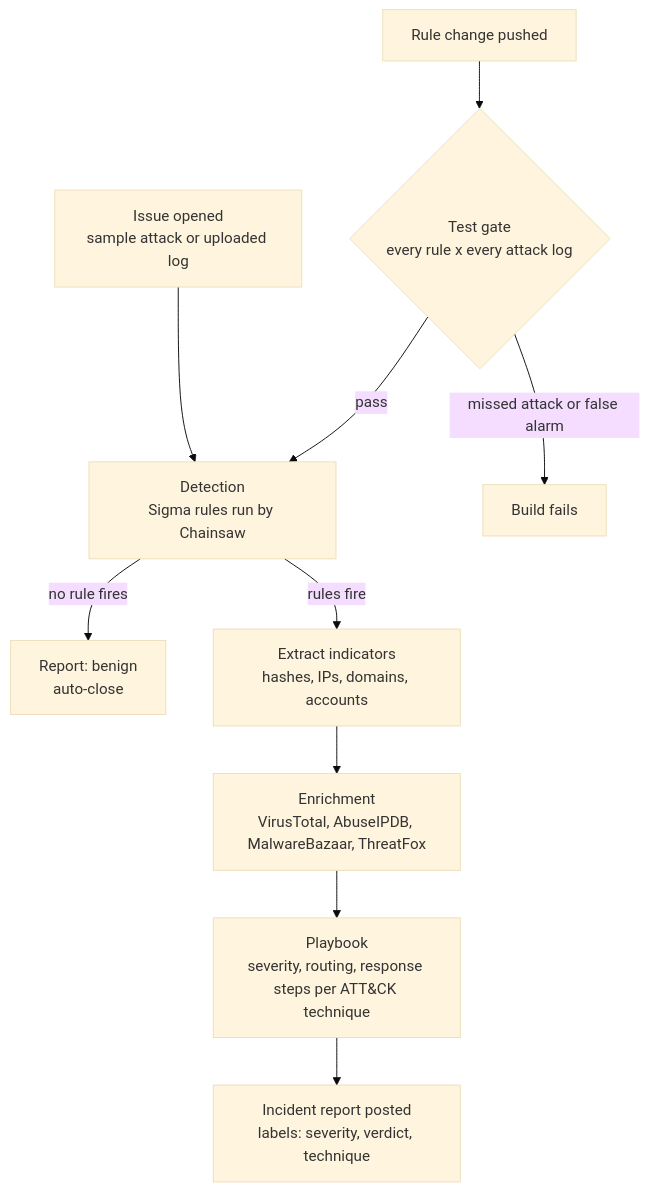
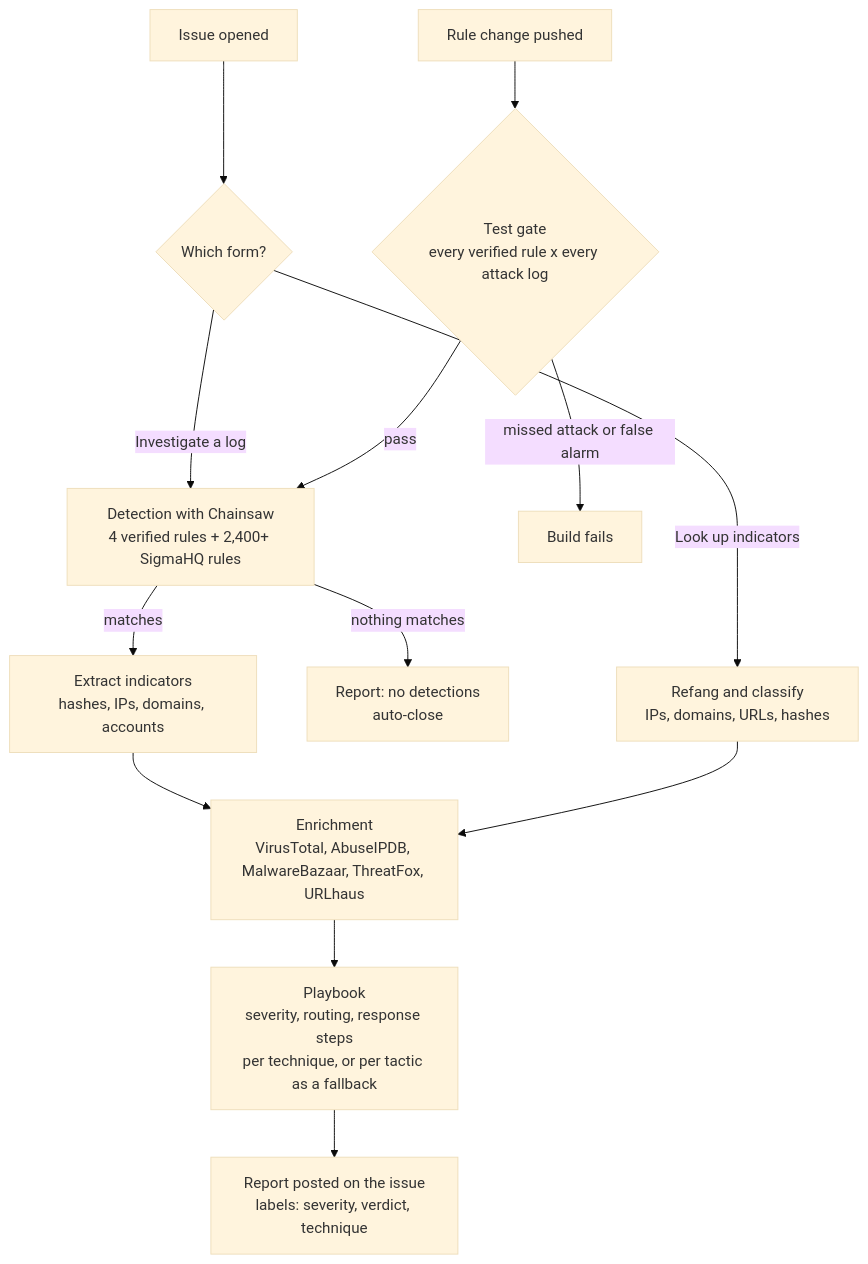
The diagram in README.md (w3bcooki3/detection-as-code), drawn with Mermaid (base theme) before and after one commit. The commit also changed other lines of this file, not shown here.

````diff
--- a/README.md
+++ b/README.md
@@ -88,12 +66,15 @@
 ```mermaid
 flowchart TD
-  A["Issue opened<br/>sample attack or uploaded log"] --> B["Detection<br/>Sigma rules run by Chainsaw"]
-  B -- "no rule fires" --> Z["Report: benign<br/>auto-close"]
-  B -- "rules fire" --> C["Extract indicators<br/>hashes, IPs, domains, accounts"]
-  C --> D["Enrichment<br/>VirusTotal, AbuseIPDB, MalwareBazaar, ThreatFox"]
-  D --> E["Playbook<br/>severity, routing, response steps per ATT&CK technique"]
-  E --> F["Incident report posted<br/>labels: severity, verdict, technique"]
-  R["Rule change pushed"] --> T{"Test gate<br/>every rule x every attack log"}
+  A["Issue opened"] --> M{"Which form?"}
+  M -- "Investigate a log" --> B["Detection with Chainsaw<br/>4 verified rules + 2,400+ SigmaHQ rules"]
+  M -- "Look up indicators" --> P["Refang and classify<br/>IPs, domains, URLs, hashes"]
+  B -- "nothing matches" --> Z["Report: no detections<br/>auto-close"]
+  B -- "matches" --> C["Extract indicators<br/>hashes, IPs, domains, accounts"]
+  C --> D["Enrichment<br/>VirusTotal, AbuseIPDB, MalwareBazaar, ThreatFox, URLhaus"]
+  P --> D
+  D --> E["Playbook<br/>severity, routing, response steps<br/>per technique, or per tactic as a fallback"]
+  E --> F["Report posted on the issue<br/>labels: severity, verdict, technique"]
+  R["Rule change pushed"] --> T{"Test gate<br/>every verified rule x every attack log"}
   T -- "missed attack or false alarm" --> X["Build fails"]
   T -- "pass" --> B
 ```
````
